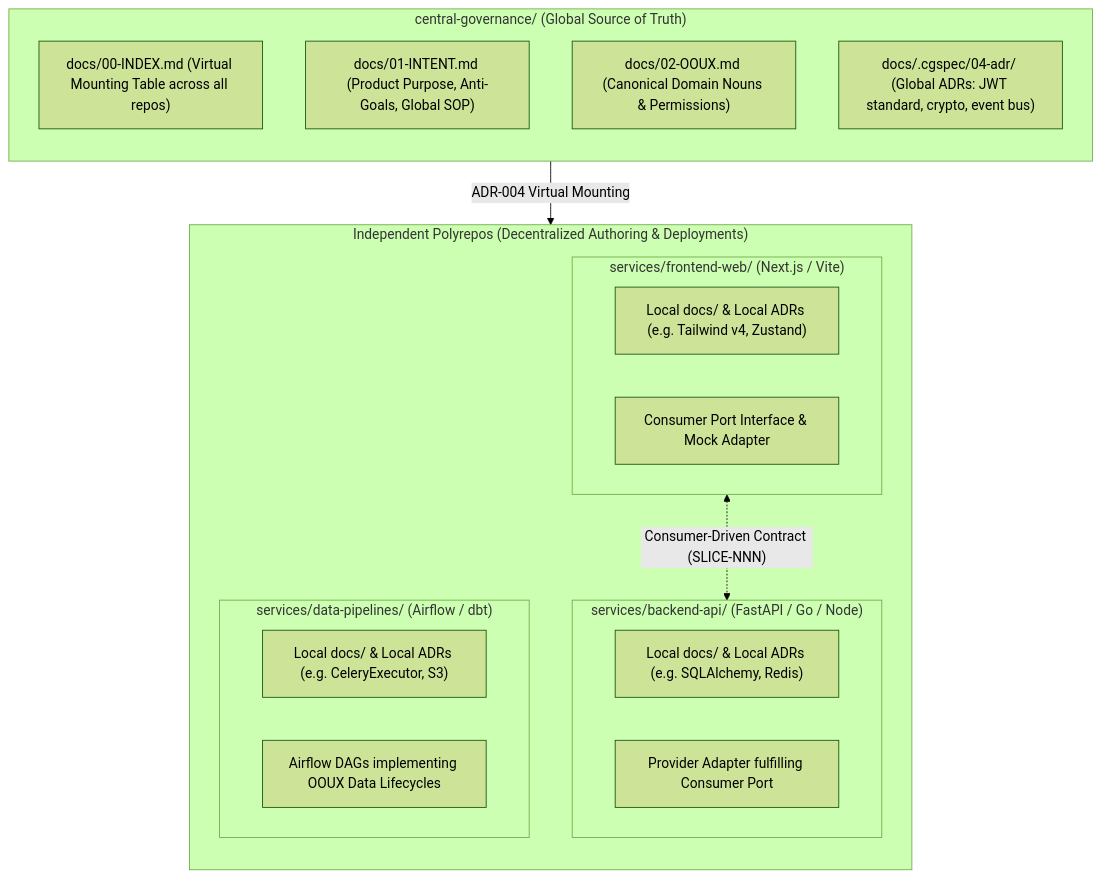
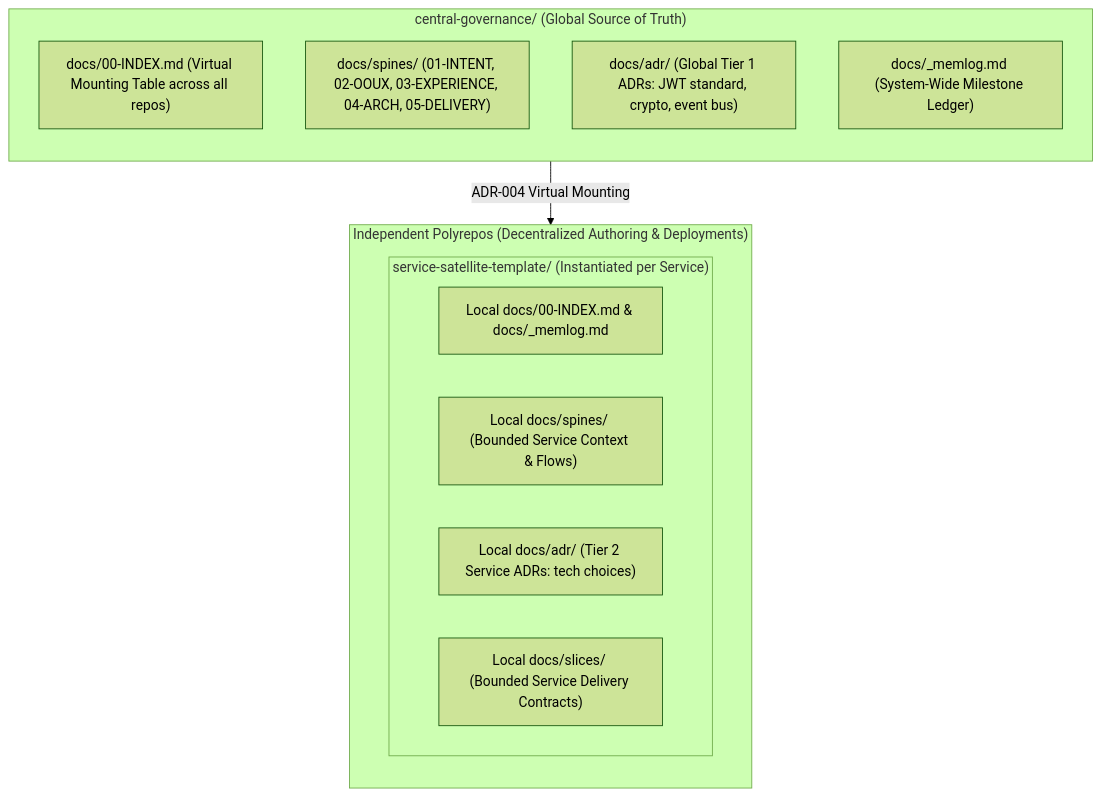
One commit to BeOjefe/cgspec changed the diagram in cgspec_template/polyrepo/README.md. Above: the diagram before and after it, drawn with Mermaid (forest theme). The commit also changed other lines of this file and 155 other files, not shown here.

Commit message:
feat(topology): adopt Model 1 spines, visible adr/slices, and underscore engine prefix

````diff
--- a/cgspec_template/polyrepo/README.md
+++ b/cgspec_template/polyrepo/README.md
@@ -17,31 +17,22 @@
 ```mermaid
 flowchart TD
     subgraph CentralGovernance["central-governance/ (Global Source of Truth)"]
         direction TB
         G_INDEX["docs/00-INDEX.md (Virtual Mounting Table across all repos)"]
-        G_INTENT["docs/01-INTENT.md (Product Purpose, Anti-Goals, Global SOP)"]
-        G_OOUX["docs/02-OOUX.md (Canonical Domain Nouns & Permissions)"]
-        G_ADR["docs/.cgspec/04-adr/ (Global ADRs: JWT standard, crypto, event bus)"]
+        G_SPINES["docs/spines/ (01-INTENT, 02-OOUX, 03-EXPERIENCE, 04-ARCH, 05-DELIVERY)"]
+        G_ADR["docs/adr/ (Global Tier 1 ADRs: JWT standard, crypto, event bus)"]
+        G_MEM["docs/_memlog.md (System-Wide Milestone Ledger)"]
     end
 
     subgraph ServiceRepos["Independent Polyrepos (Decentralized Authoring & Deployments)"]
         direction TB
-        subgraph RepoFrontend["services/frontend-web/ (Next.js / Vite)"]
-            F_DOCS["Local docs/ & Local ADRs (e.g. Tailwind v4, Zustand)"]
-            F_PORT["Consumer Port Interface & Mock Adapter"]
-        end
-
-        subgraph RepoBackend["services/backend-api/ (FastAPI / Go / Node)"]
-            B_DOCS["Local docs/ & Local ADRs (e.g. SQLAlchemy, Redis)"]
-            B_ADAPT["Provider Adapter fulfilling Consumer Port"]
-        end
-
-        subgraph RepoData["services/data-pipelines/ (Airflow / dbt)"]
-            D_DOCS["Local docs/ & Local ADRs (e.g. CeleryExecutor, S3)"]
-            D_DAG["Airflow DAGs implementing OOUX Data Lifecycles"]
+        subgraph RepoSatellite["service-satellite-template/ (Instantiated per Service)"]
+            S_DOCS["Local docs/00-INDEX.md & docs/_memlog.md"]
+            S_SPINES["Local docs/spines/ (Bounded Service Context & Flows)"]
+            S_ADR["Local docs/adr/ (Tier 2 Service ADRs: tech choices)"]
+            S_SLC["Local docs/slices/ (Bounded Service Delivery Contracts)"]
         end
     end
 
     CentralGovernance -->|"ADR-004 Virtual Mounting"| ServiceRepos
-    RepoFrontend <-.->|"Consumer-Driven Contract (SLICE-NNN)"| RepoBackend
 ```
````
